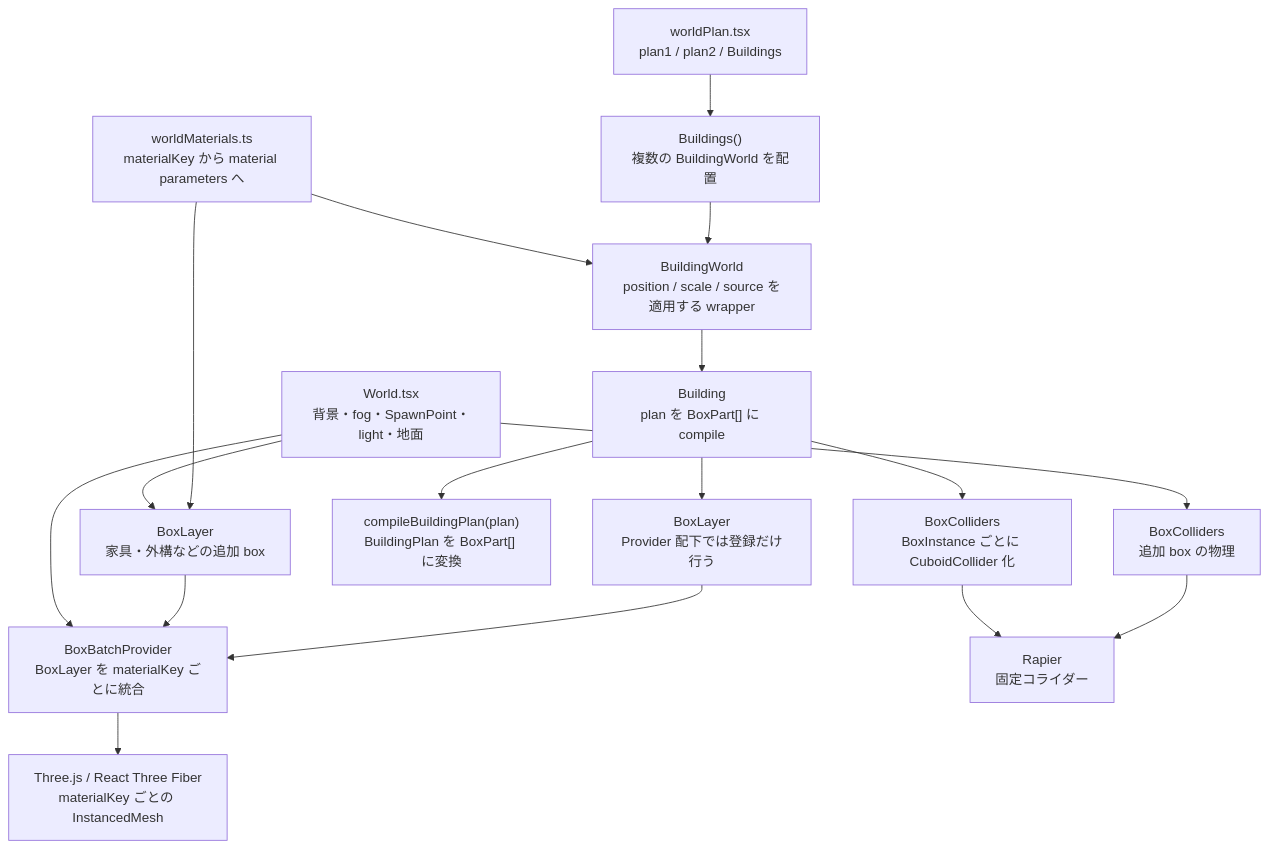
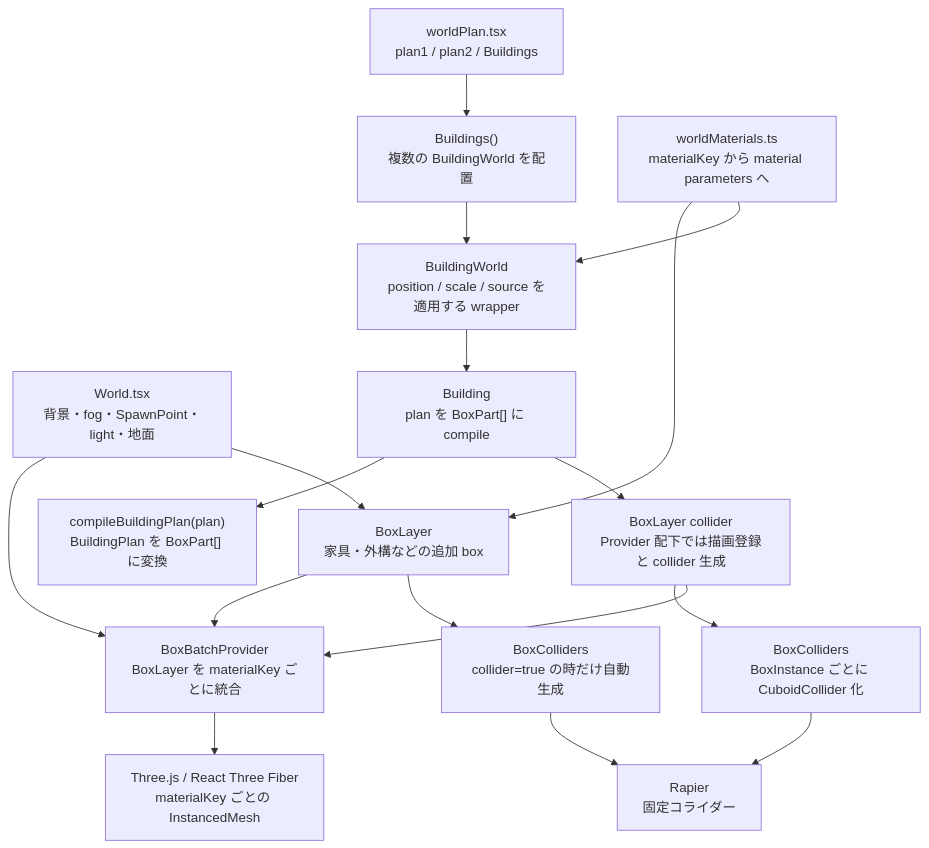
Before and after one commit to wakufactory/xrift-building: the diagram in src/building/architecture.md, drawn with Mermaid. The commit also changed other lines of this file and 3 other files, not shown here.

Commit message:
update BoxLayer

````diff
--- a/src/building/architecture.md
+++ b/src/building/architecture.md
@@ -13,19 +13,19 @@
 ```mermaid
 flowchart TD
   A["World.tsx<br/>背景・fog・SpawnPoint・light・地面"] --> B["BoxBatchProvider<br/>BoxLayer を materialKey ごとに統合"]
-  A --> L["BoxColliders<br/>追加 box の物理"]
   A --> M["BoxLayer<br/>家具・外構などの追加 box"]
   M --> B
+  M --> L["BoxColliders<br/>collider=true の時だけ自動生成"]
   C["worldPlan.tsx<br/>plan1 / plan2 / Buildings"] --> N["Buildings()<br/>複数の BuildingWorld を配置"]
   D["worldMaterials.ts<br/>materialKey から material parameters へ"] --> M
   D --> E
   N --> E["BuildingWorld<br/>position / scale / source を適用する wrapper"]
   E --> F["Building<br/>plan を BoxPart[] に compile"]
   F --> G["compileBuildingPlan(plan)<br/>BuildingPlan を BoxPart[] に変換"]
-  F --> H["BoxLayer<br/>Provider 配下では登録だけ行う"]
-  F --> I["BoxColliders<br/>BoxInstance ごとに CuboidCollider 化"]
+  F --> H["BoxLayer collider<br/>Provider 配下では描画登録と collider 生成"]
+  H --> I["BoxColliders<br/>BoxInstance ごとに CuboidCollider 化"]
   H --> B
   B --> J["Three.js / React Three Fiber<br/>materialKey ごとの InstancedMesh"]
   I --> K["Rapier<br/>固定コライダー"]
   L --> K
 ```
````
